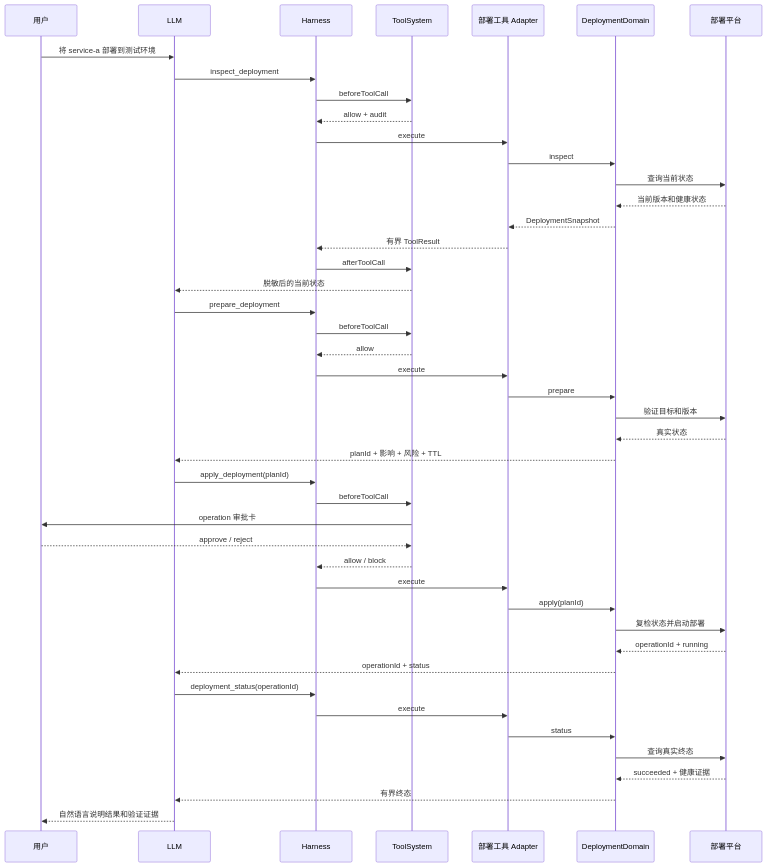
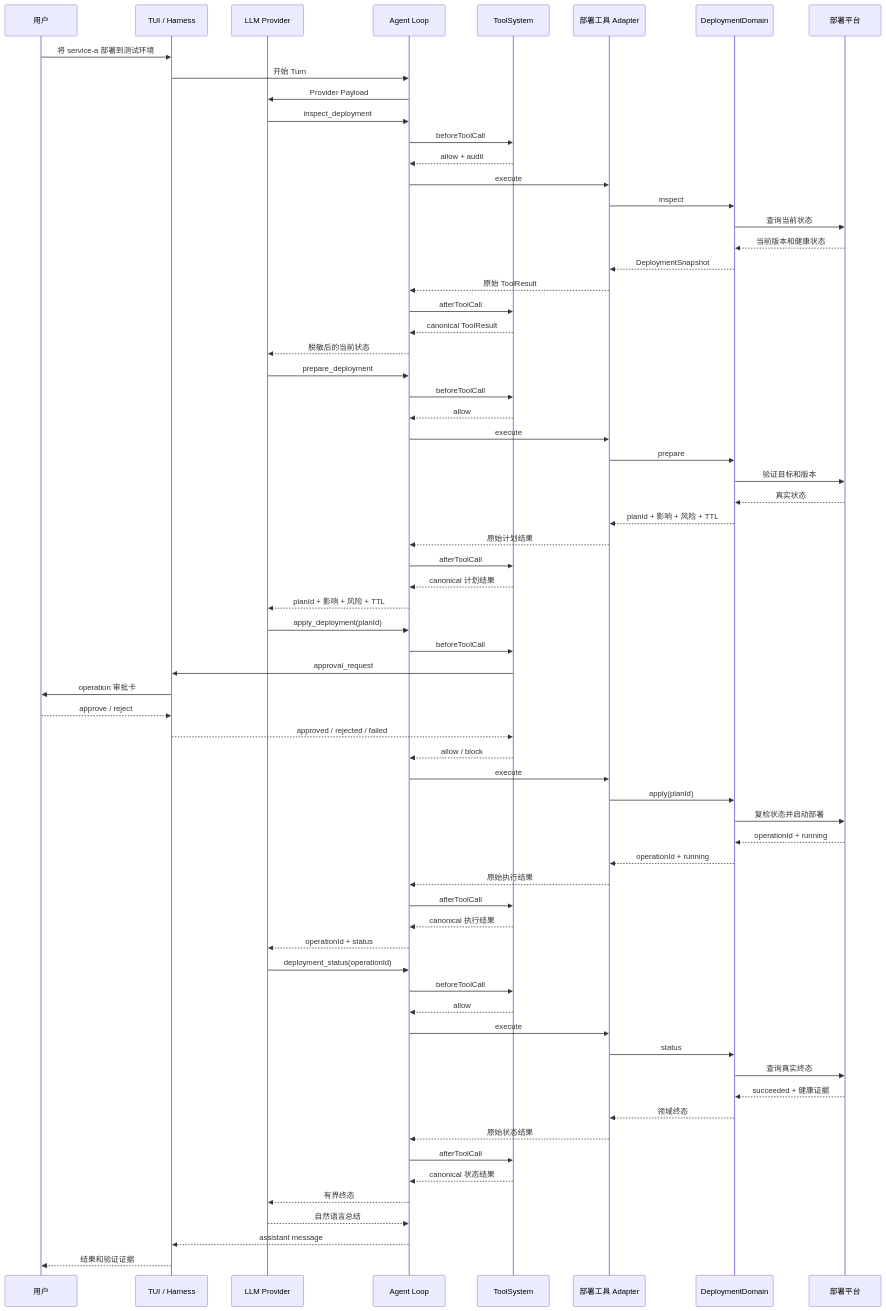
One commit to changhuaqiu/pi changed the third of 3 diagrams in apps/logos-agent/docs/business-tool-modules.md. Above: the diagram before and after it, drawn with Mermaid. The commit also changed other lines of this file, not shown here.

Commit message:
docs(agent): add business tool architecture diagrams

````diff
--- a/apps/logos-agent/docs/business-tool-modules.md
+++ b/apps/logos-agent/docs/business-tool-modules.md
@@ -386,51 +442,73 @@
 ```mermaid
 sequenceDiagram
     participant U as 用户
-    participant M as LLM
-    participant H as Harness
+    participant UI as TUI / Harness
+    participant M as LLM Provider
+    participant L as Agent Loop
     participant T as ToolSystem
     participant BT as 部署工具 Adapter
     participant D as DeploymentDomain
     participant P as 部署平台
 
-    U->>M: 将 service-a 部署到测试环境
-    M->>H: inspect_deployment
-    H->>T: beforeToolCall
-    T-->>H: allow + audit
-    H->>BT: execute
+    U->>UI: 将 service-a 部署到测试环境
+    UI->>L: 开始 Turn
+    L->>M: Provider Payload
+    M->>L: inspect_deployment
+    L->>T: beforeToolCall
+    T-->>L: allow + audit
+    L->>BT: execute
     BT->>D: inspect
     D->>P: 查询当前状态
     P-->>D: 当前版本和健康状态
     D-->>BT: DeploymentSnapshot
-    BT-->>H: 有界 ToolResult
-    H->>T: afterToolCall
-    T-->>M: 脱敏后的当前状态
+    BT-->>L: 原始 ToolResult
+    L->>T: afterToolCall
+    T-->>L: canonical ToolResult
+    L-->>M: 脱敏后的当前状态
 
-    M->>H: prepare_deployment
-    H->>T: beforeToolCall
-    T-->>H: allow
-    H->>BT: execute
+    M->>L: prepare_deployment
+    L->>T: beforeToolCall
+    T-->>L: allow
+    L->>BT: execute
     BT->>D: prepare
     D->>P: 验证目标和版本
     P-->>D: 真实状态
-    D-->>M: planId + 影响 + 风险 + TTL
+    D-->>BT: planId + 影响 + 风险 + TTL
+    BT-->>L: 原始计划结果
+    L->>T: afterToolCall
+    T-->>L: canonical 计划结果
+    L-->>M: planId + 影响 + 风险 + TTL
 
-    M->>H: apply_deployment(planId)
-    H->>T: beforeToolCall
-    T->>U: operation 审批卡
-    U-->>T: approve / reject
-    T-->>H: allow / block
-    H->>BT: execute
+    M->>L: apply_deployment(planId)
+    L->>T: beforeToolCall
+    T->>UI: approval_request
+    UI->>U: operation 审批卡
+    U-->>UI: approve / reject
+    UI-->>T: approved / rejected / failed
+    T-->>L: allow / block
+    L->>BT: execute
     BT->>D: apply(planId)
     D->>P: 复检状态并启动部署
     P-->>D: operationId + running
-    D-->>M: operationId + status
+    D-->>BT: operationId + running
+    BT-->>L: 原始执行结果
+    L->>T: afterToolCall
+    T-->>L: canonical 执行结果
+    L-->>M: operationId + status
 
-    M->>H: deployment_status(operationId)
-    H->>BT: execute
+    M->>L: deployment_status(operationId)
+    L->>T: beforeToolCall
+    T-->>L: allow
+    L->>BT: execute
     BT->>D: status
     D->>P: 查询真实终态
     P-->>D: succeeded + 健康证据
-    D-->>M: 有界终态
-    M-->>U: 自然语言说明结果和验证证据
+    D-->>BT: 领域终态
+    BT-->>L: 原始状态结果
+    L->>T: afterToolCall
+    T-->>L: canonical 状态结果
+    L-->>M: 有界终态
+    M-->>L: 自然语言总结
+    L-->>UI: assistant message
+    UI-->>U: 结果和验证证据
 ```
````
